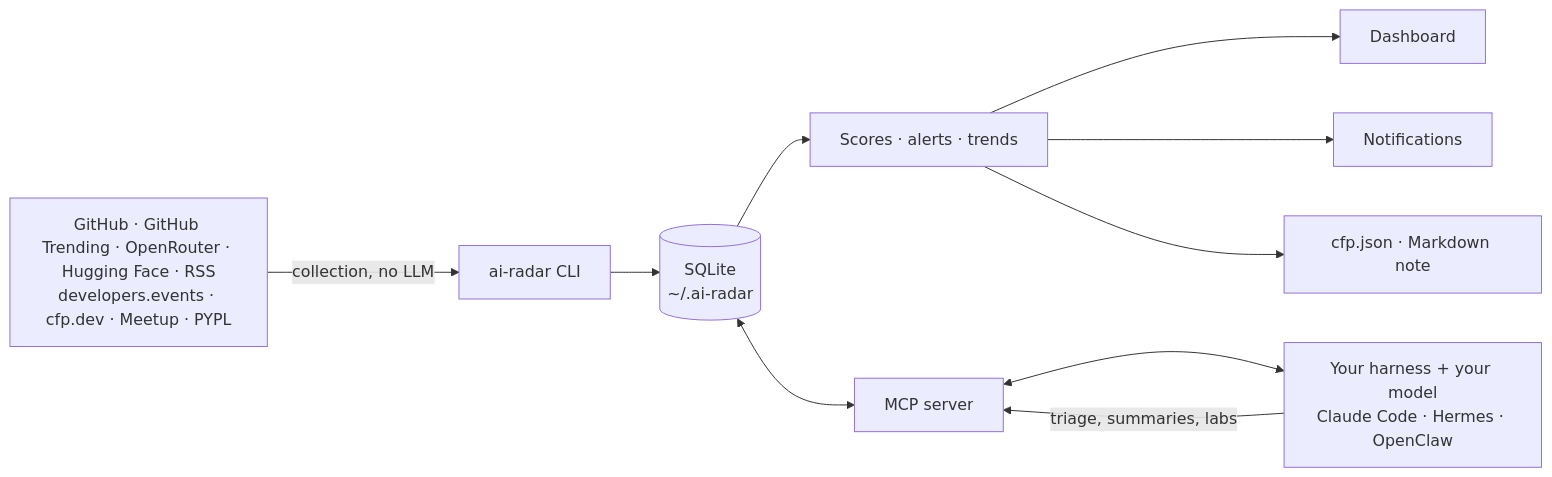
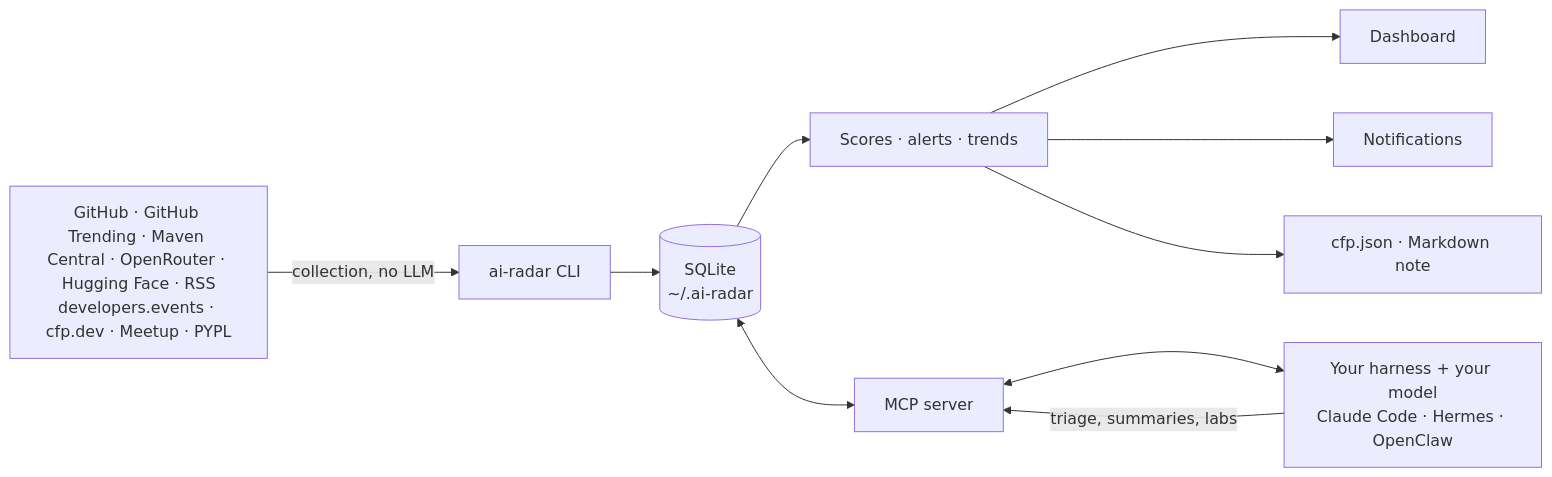
Before and after one commit to mekkiamiri/harness-catalog: the diagram in plugins/ai-radar/README.md, drawn with Mermaid. The commit also changed other lines of this file and 4 other files, not shown here.

First line of the commit message:
ai-radar 0.1.2: trending per language, Maven releases, Show HN feed

````diff
--- a/plugins/ai-radar/README.md
+++ b/plugins/ai-radar/README.md
@@ -92,12 +92,12 @@
 ```mermaid
 flowchart LR
-    S[GitHub · GitHub Trending · OpenRouter · Hugging Face · RSS<br/>developers.events · cfp.dev · Meetup · PYPL] -->|collection, no LLM| C[ai-radar CLI]
+    S[GitHub · GitHub Trending · Maven Central · OpenRouter · Hugging Face · RSS<br/>developers.events · cfp.dev · Meetup · PYPL] -->|collection, no LLM| C[ai-radar CLI]
     C --> DB[(SQLite<br/>~/.ai-radar)]
     DB --> SC[Scores · alerts · trends]
     SC --> D[Dashboard]
     SC --> N[Notifications]
     SC --> X[cfp.json · Markdown note]
     DB <--> MCP[MCP server]
     MCP <--> H[Your harness + your model<br/>Claude Code · Hermes · OpenClaw]
     H -->|triage, summaries, labs| MCP
 ```
````
